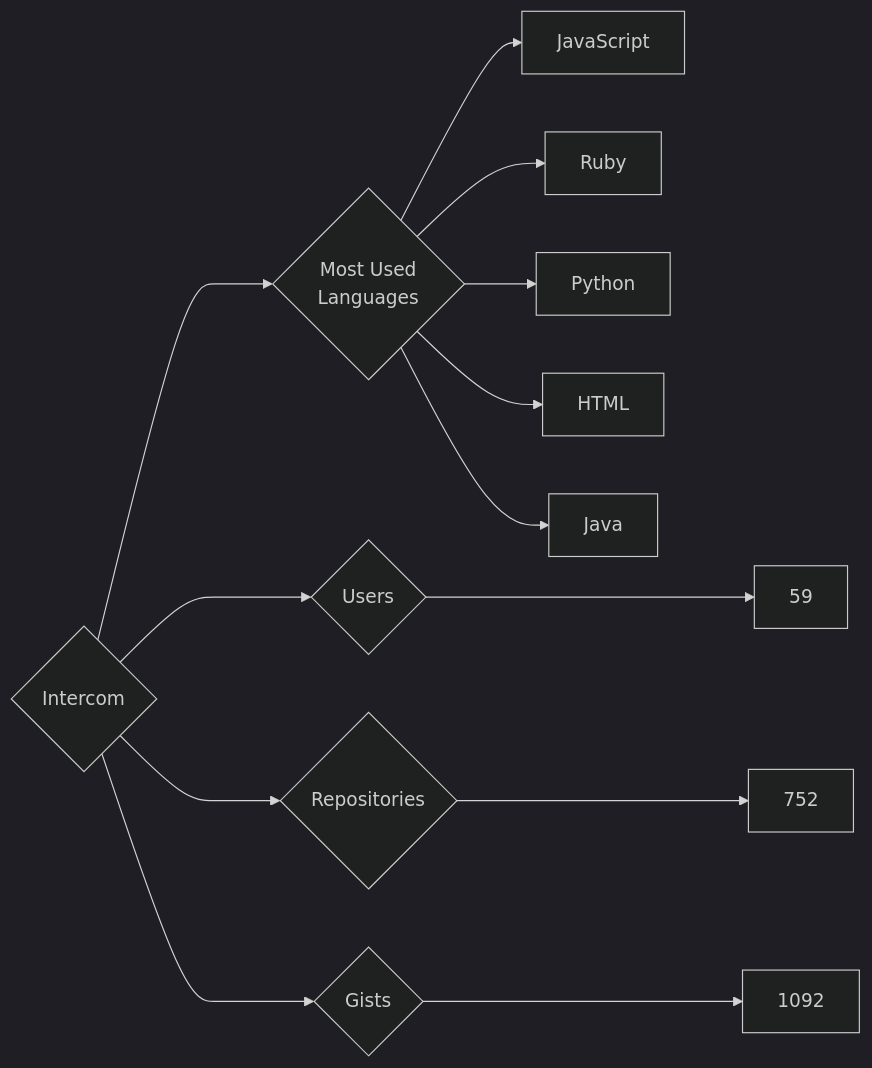
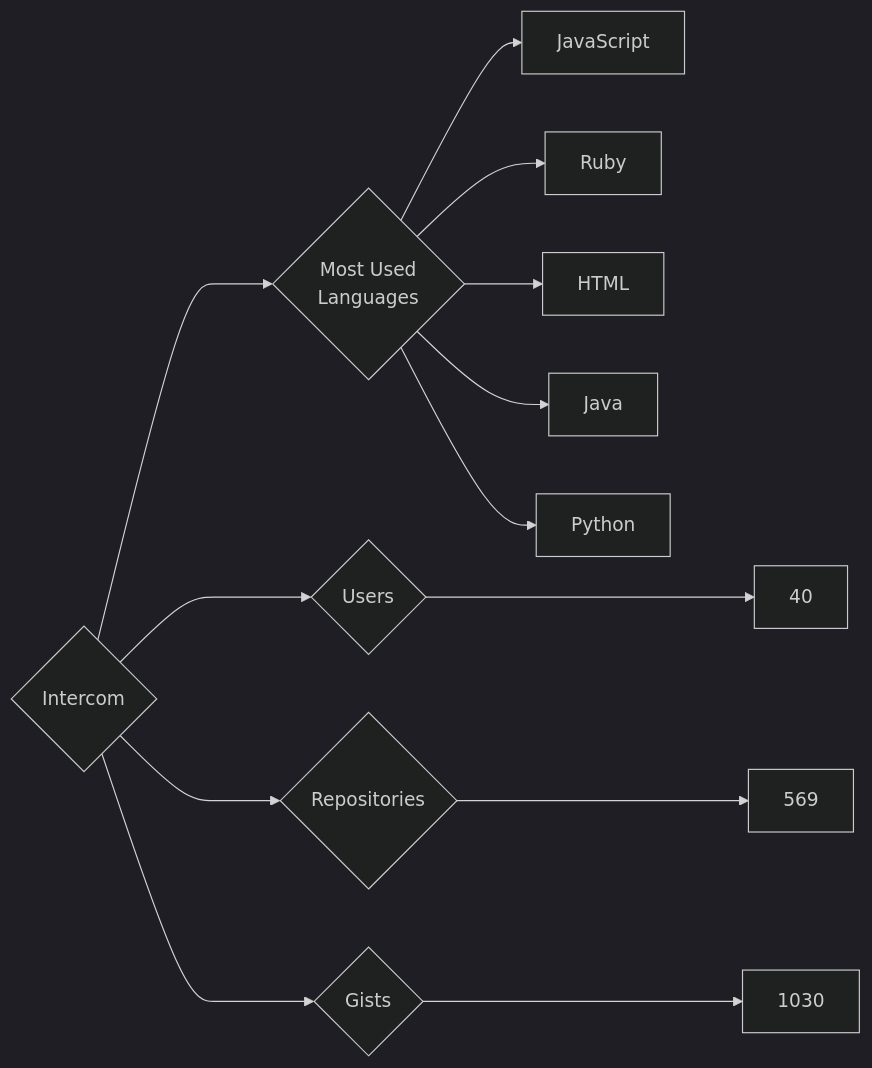
The diagram in targets/Intercom/README.md (trickest/insiders), drawn with Mermaid (dark theme) before and after one commit. The commit also changed 823 other files, not shown here.

````diff
--- a/targets/Intercom/README.md
+++ b/targets/Intercom/README.md
@@ -3,13 +3,13 @@
 ```mermaid
 graph LR
 COMPANY_NAME{Intercom}
-COMPANY_NAME ---> U{Users} ---> UN[59]
-COMPANY_NAME ---> R{Repositories} ---> RN[752]
-COMPANY_NAME ---> G{Gists} ---> GN[1092]
+COMPANY_NAME ---> U{Users} ---> UN[40]
+COMPANY_NAME ---> R{Repositories} ---> RN[569]
+COMPANY_NAME ---> G{Gists} ---> GN[1030]
 COMPANY_NAME ---> ML{Most Used<br>Languages}
 ML --> JavaScript[JavaScript]
 ML --> Ruby[Ruby]
-ML --> Python[Python]
 ML --> HTML[HTML]
 ML --> Java[Java]
+ML --> Python[Python]
 ```
````
